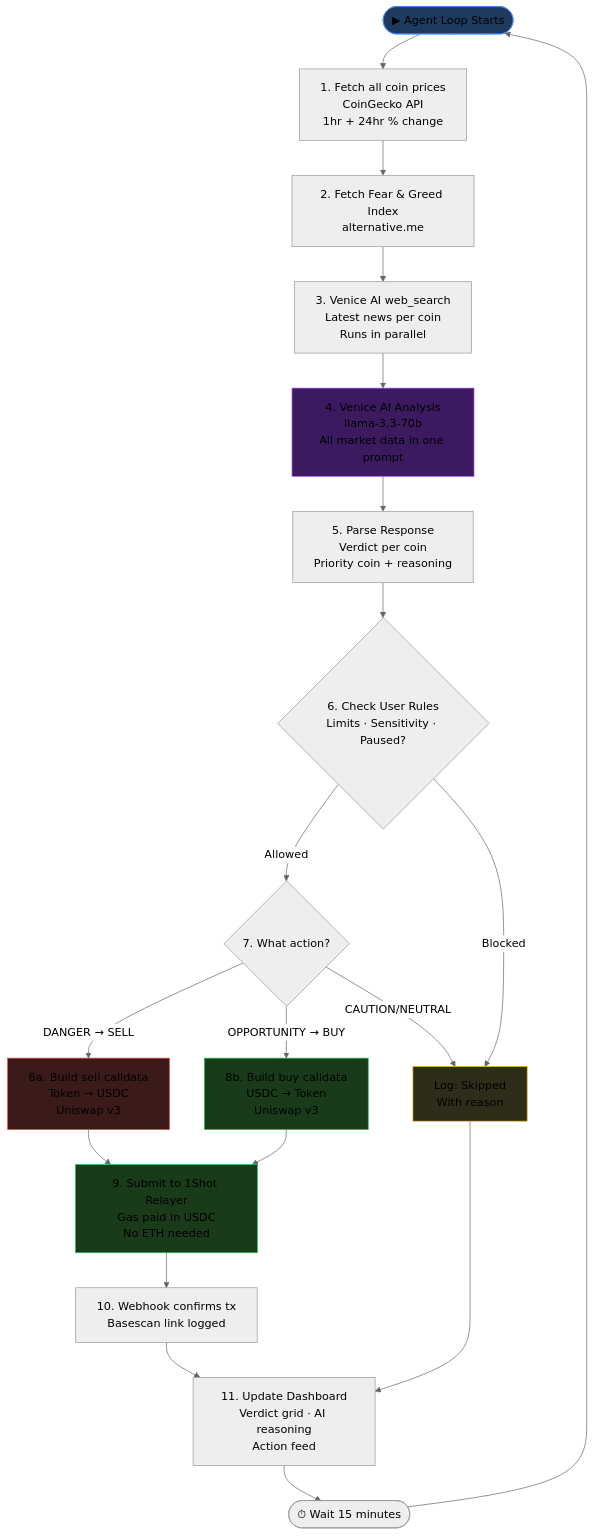
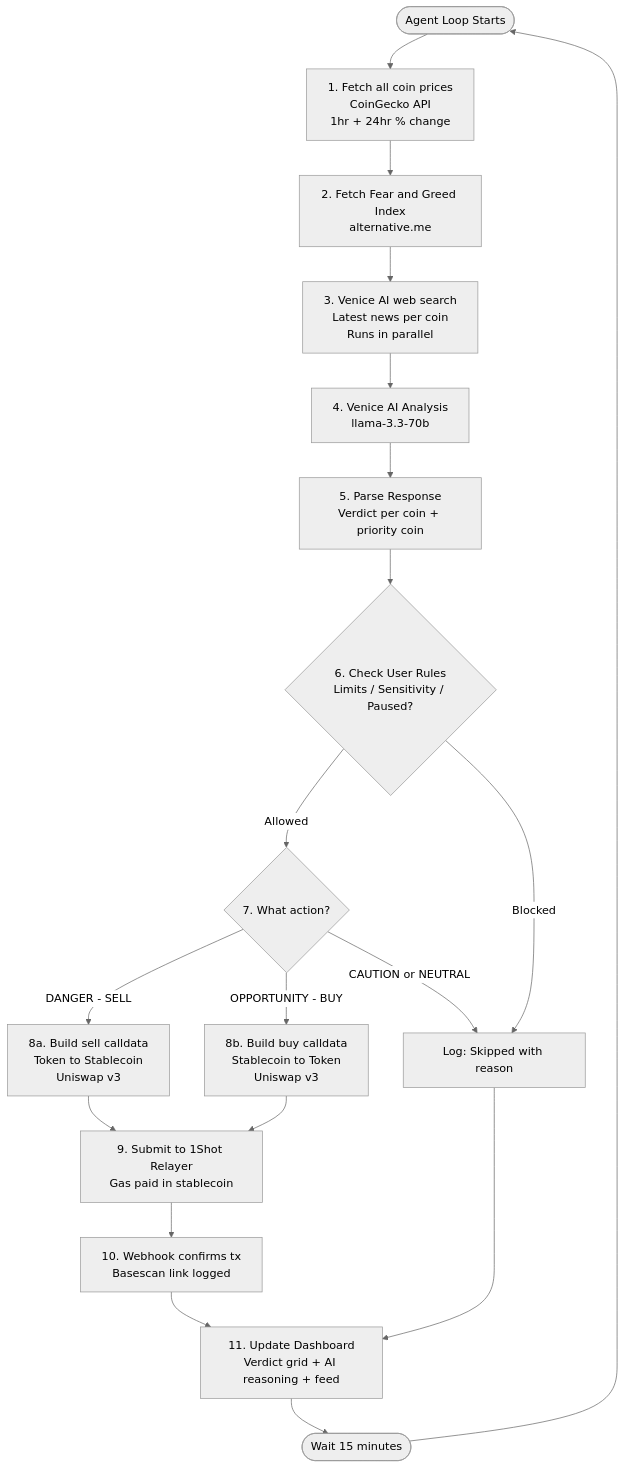
Before and after one commit to ryzen-xp/Crypto-Guardian: the second of 4 diagrams in README.md, drawn with Mermaid (neutral theme). The commit also changed other lines of this file, not shown here.

First line of the commit message:
docs: Update architecture diagrams for clarity and consistency

````diff
--- a/README.md
+++ b/README.md
@@ -91,44 +87,29 @@
 ```mermaid
 flowchart TD
-    START([▶ Agent Loop Starts]) --> FETCH
+    START([Agent Loop Starts]) --> FETCH
 
-    FETCH[1. Fetch all coin prices\nCoinGecko API\n1hr + 24hr % change] --> FEAR
+    FETCH["1. Fetch all coin prices<br/>CoinGecko API<br/>1hr + 24hr % change"] --> FEAR
+    FEAR["2. Fetch Fear and Greed Index<br/>alternative.me"] --> NEWS
+    NEWS["3. Venice AI web search<br/>Latest news per coin<br/>Runs in parallel"] --> ANALYZE
+    ANALYZE["4. Venice AI Analysis<br/>llama-3.3-70b"] --> PARSE
+    PARSE["5. Parse Response<br/>Verdict per coin + priority coin"] --> CHECK
 
-    FEAR[2. Fetch Fear & Greed Index\nalternative.me] --> NEWS
+    CHECK{"6. Check User Rules<br/>Limits / Sensitivity / Paused?"}
 
-    NEWS[3. Venice AI web_search\nLatest news per coin\nRuns in parallel] --> ANALYZE
+    CHECK -- "Allowed" --> ACTION
+    CHECK -- "Blocked" --> SKIP
 
-    ANALYZE[4. Venice AI Analysis\nllama-3.3-70b\nAll market data in one prompt] --> PARSE
+    ACTION{"7. What action?"}
+    ACTION -- "DANGER - SELL" --> SWAP_SELL
+    ACTION -- "OPPORTUNITY - BUY" --> SWAP_BUY
+    ACTION -- "CAUTION or NEUTRAL" --> SKIP
 
-    PARSE[5. Parse Response\nVerdict per coin\nPriority coin + reasoning] --> CHECK
+    SWAP_SELL["8a. Build sell calldata<br/>Token to Stablecoin<br/>Uniswap v3"] --> RELAY
+    SWAP_BUY["8b. Build buy calldata<br/>Stablecoin to Token<br/>Uniswap v3"] --> RELAY
 
-    CHECK{6. Check User Rules\nLimits · Sensitivity · Paused?}
-
-    CHECK -->|Allowed| ACTION
-    CHECK -->|Blocked| SKIP
-
-    ACTION{7. What action?}
-    ACTION -->|DANGER → SELL| SWAP_SELL
-    ACTION -->|OPPORTUNITY → BUY| SWAP_BUY
-    ACTION -->|CAUTION/NEUTRAL| SKIP
-
-    SWAP_SELL[8a. Build sell calldata\nToken → USDC\nUniswap v3] --> RELAY
-    SWAP_BUY[8b. Build buy calldata\nUSDC → Token\nUniswap v3] --> RELAY
-
-    RELAY[9. Submit to 1Shot Relayer\nGas paid in USDC\nNo ETH needed] --> WEBHOOK
-
-    WEBHOOK[10. Webhook confirms tx\nBasescan link logged] --> LOG
-
-    SKIP[Log: Skipped\nWith reason] --> LOG
-
-    LOG[11. Update Dashboard\nVerdict grid · AI reasoning\nAction feed] --> WAIT
-
-    WAIT([⏱ Wait 15 minutes]) --> START
-
-    style START fill:#1e3a5f,stroke:#3b82f6
-    style ANALYZE fill:#3b1a5f,stroke:#a855f7
-    style RELAY fill:#1a3b1a,stroke:#22c55e
-    style SKIP fill:#2d2d1a,stroke:#eab308
-    style SWAP_SELL fill:#3b1a1a,stroke:#ef4444
-    style SWAP_BUY fill:#1a3b1a,stroke:#22c55e
+    RELAY["9. Submit to 1Shot Relayer<br/>Gas paid in stablecoin"] --> WEBHOOK
+    WEBHOOK["10. Webhook confirms tx<br/>Basescan link logged"] --> LOG
+    SKIP["Log: Skipped with reason"] --> LOG
+    LOG["11. Update Dashboard<br/>Verdict grid + AI reasoning + feed"] --> WAIT
+    WAIT([Wait 15 minutes]) --> START
 ```
````
